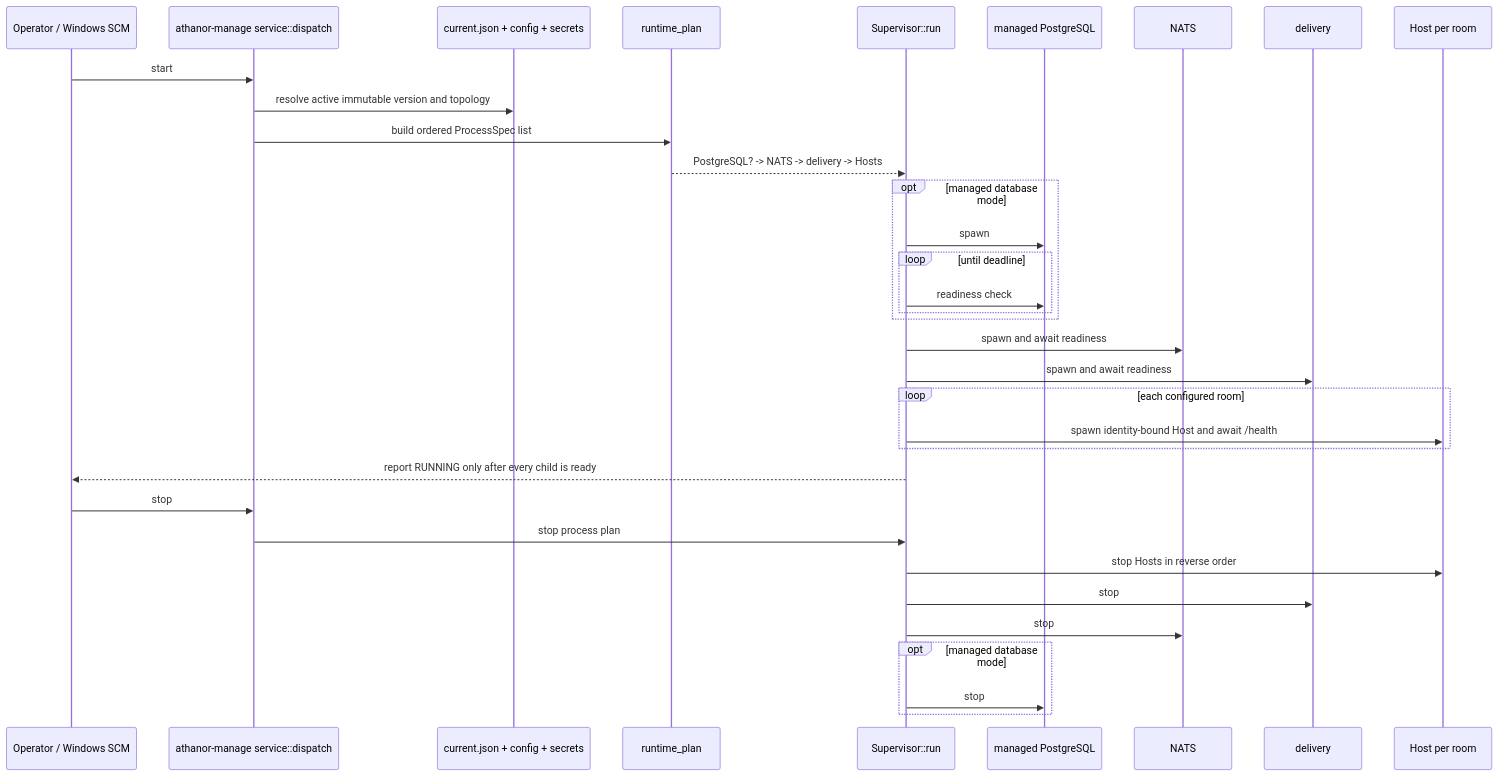
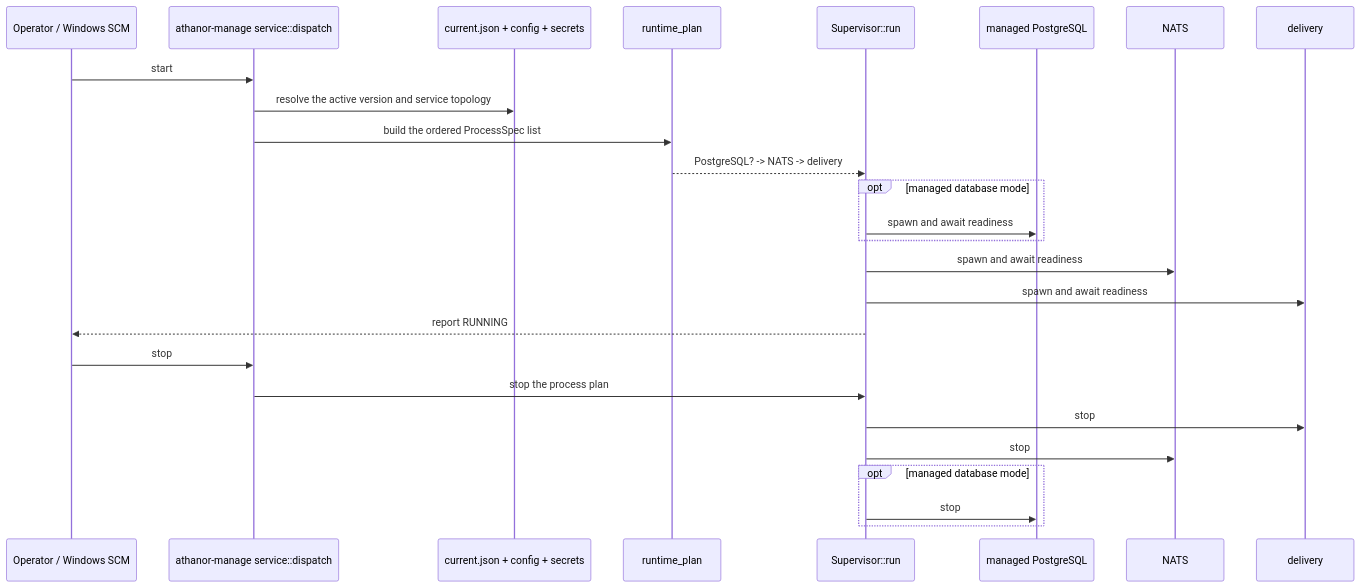
One commit to solarisael/the-athanor changed the third of 16 diagrams in docs/CODE_FLOW_MAP.md. Above: the diagram before and after it, drawn with Mermaid. The commit also changed other lines of this file and 55 other files, not shown here.

First line of the commit message:
feat(app): athanor.exe owns one multi-room Host on one loopback listener

````diff
--- a/docs/CODE_FLOW_MAP.md
+++ b/docs/CODE_FLOW_MAP.md
@@ -127,38 +127,30 @@
 ```mermaid
 sequenceDiagram
     participant SCM as Operator / Windows SCM
     participant Manage as athanor-manage service::dispatch
     participant Layout as current.json + config + secrets
     participant Plan as runtime_plan
     participant Sup as Supervisor::run
     participant PG as managed PostgreSQL
     participant NATS as NATS
     participant Delivery as delivery
-    participant Host as Host per room
 
     SCM->>Manage: start
-    Manage->>Layout: resolve active immutable version and topology
-    Manage->>Plan: build ordered ProcessSpec list
-    Plan-->>Sup: PostgreSQL? -> NATS -> delivery -> Hosts
+    Manage->>Layout: resolve the active version and service topology
+    Manage->>Plan: build the ordered ProcessSpec list
+    Plan-->>Sup: PostgreSQL? -> NATS -> delivery
     opt managed database mode
-        Sup->>PG: spawn
-        loop until deadline
-            Sup->>PG: readiness check
-        end
+        Sup->>PG: spawn and await readiness
     end
     Sup->>NATS: spawn and await readiness
     Sup->>Delivery: spawn and await readiness
-    loop each configured room
-        Sup->>Host: spawn identity-bound Host and await /health
-    end
-    Sup-->>SCM: report RUNNING only after every child is ready
+    Sup-->>SCM: report RUNNING
 
     SCM->>Manage: stop
-    Manage->>Sup: stop process plan
-    Sup->>Host: stop Hosts in reverse order
+    Manage->>Sup: stop the process plan
     Sup->>Delivery: stop
     Sup->>NATS: stop
     opt managed database mode
         Sup->>PG: stop
     end
 ```
````
